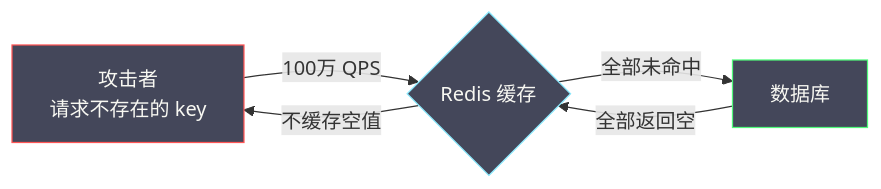
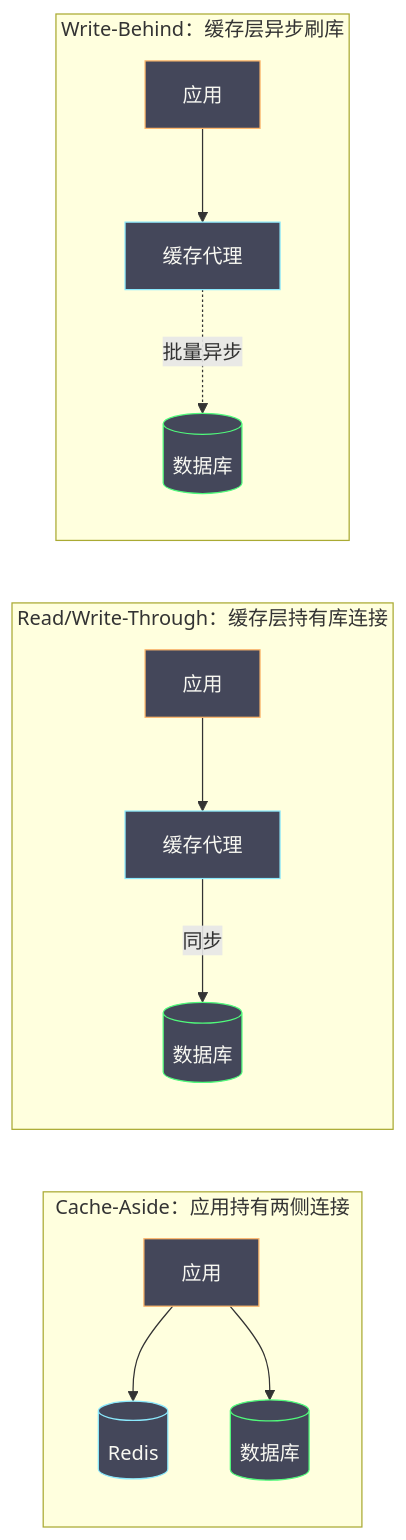
Before and after one commit to hpliStartAgain/my-brain: the second of 7 diagrams in content/中间件/Redis/Redis进阶教程/04 缓存设计模式与一致性问题.md, drawn with Mermaid. The commit also changed other lines of this file and 455 other files, not shown here.

````diff
--- a/content/中间件/Redis/Redis进阶教程/04 缓存设计模式与一致性问题.md
+++ b/content/中间件/Redis/Redis进阶教程/04 缓存设计模式与一致性问题.md
@@ -145,16 +80,23 @@
 ```mermaid
 %%{init: {'theme': 'dracula'}}%%
 graph LR
-    ATK["攻击者</br>请求不存在的 key"] -->|"100万 QPS"| CACHE{"Redis 缓存"}
-    CACHE -->|"全部未命中"| DB["数据库"]
-    DB -->|"全部返回空"| CACHE
-    CACHE -->|"不缓存空值"| ATK
+    subgraph A["Cache-Aside：应用持有两侧连接"]
+        A1["应用"] --> A2[("Redis")]
+        A1 --> A3[("数据库")]
+    end
+    subgraph B["Read/Write-Through：缓存层持有库连接"]
+        B1["应用"] --> B2["缓存代理"]
+        B2 -->|"同步"| B3[("数据库")]
+    end
+    subgraph C["Write-Behind：缓存层异步刷库"]
+        C1["应用"] --> C2["缓存代理"]
+        C2 -.->|"批量异步"| C3[("数据库")]
+    end
 
-    classDef atk fill:#44475a,stroke:#ff5555,color:#f8f8f2
+    classDef app fill:#44475a,stroke:#ffb86c,color:#f8f8f2
     classDef cache fill:#44475a,stroke:#8be9fd,color:#f8f8f2
     classDef db fill:#44475a,stroke:#50fa7b,color:#f8f8f2
-
-    class ATK atk
-    class CACHE cache
-    class DB db
+    class A1,B1,C1 app
+    class A2,B2,C2 cache
+    class A3,B3,C3 db
 ```
````
